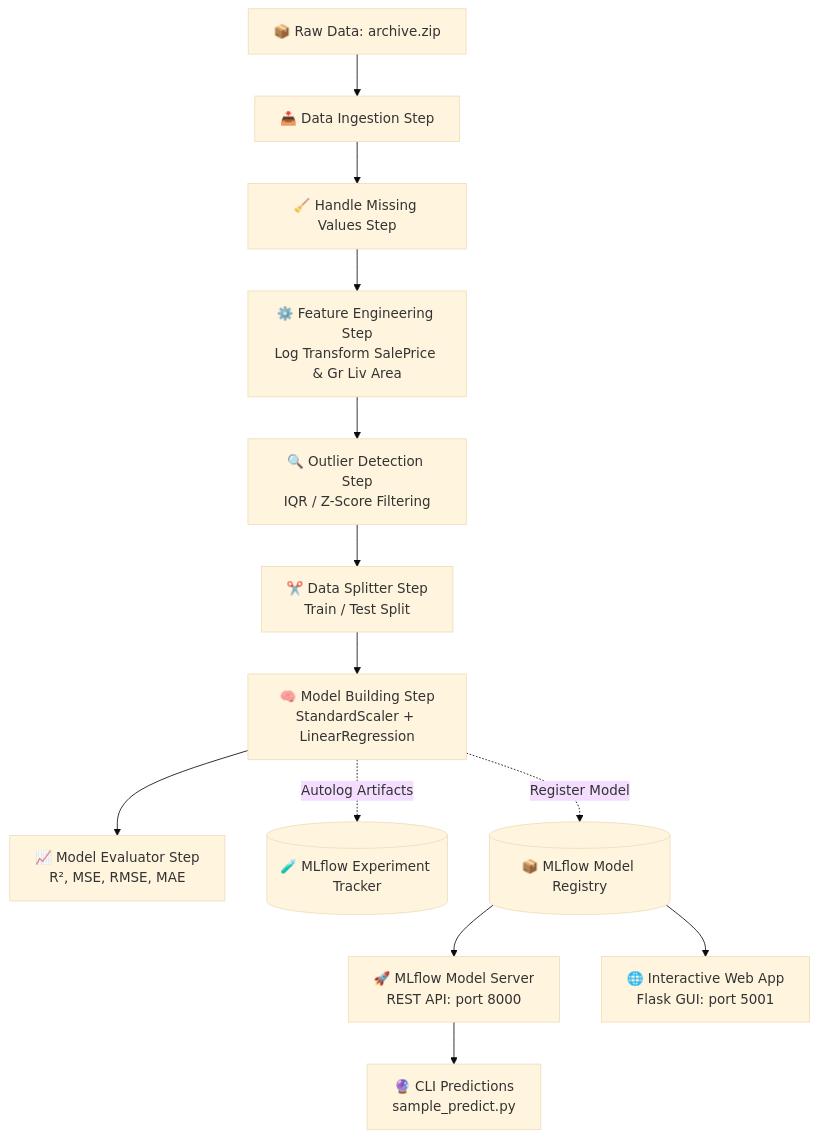
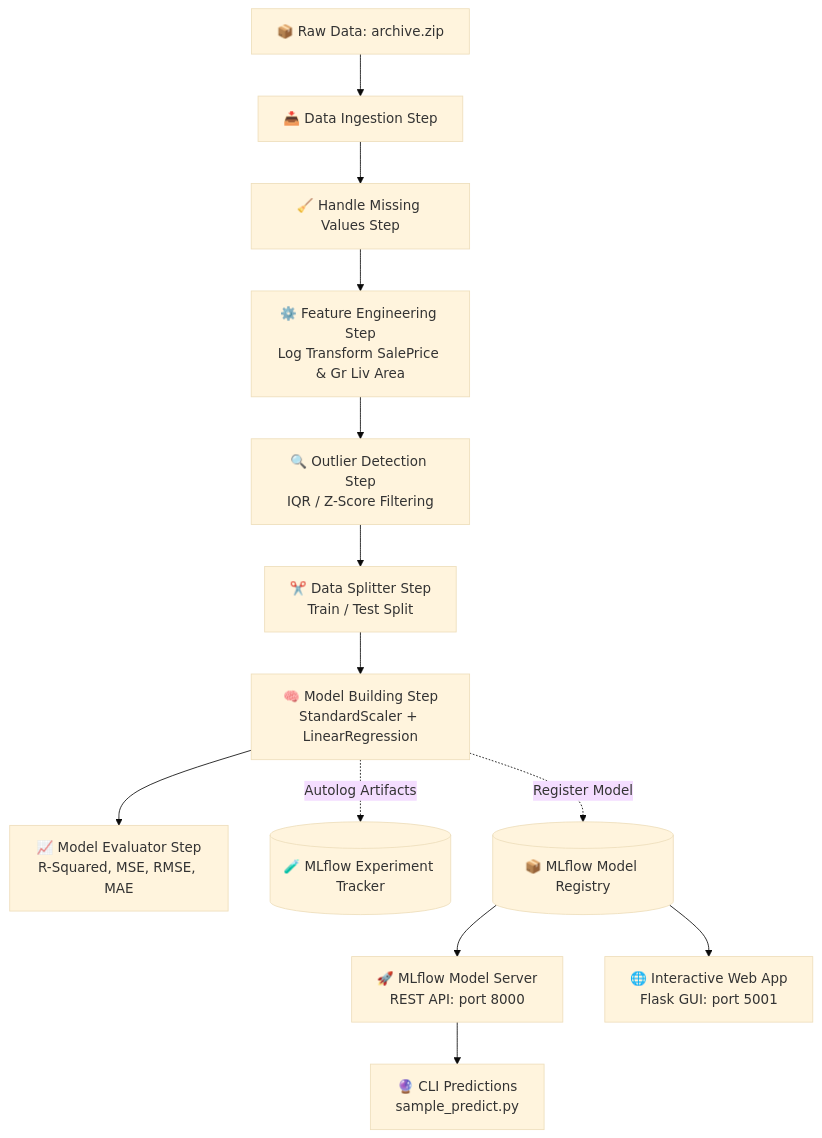
One commit to Sovon410/house-price-mlops-pipeline changed the diagram in README.md. Above: the diagram before and after it, drawn with Mermaid (base theme).

Commit message:
fix(docs): fix Mermaid diagram syntax for GitHub renderer

````diff
--- a/README.md
+++ b/README.md
@@ -40,15 +40,15 @@
 ```mermaid
 flowchart TD
-    A[📦 Raw Data: archive.zip] --> B[📥 Data Ingestion Step]
-    B --> C[🧹 Handle Missing Values Step]
-    C --> D[⚙️ Feature Engineering Step<br/>Log Transform SalePrice & Gr Liv Area]
-    D --> E[🔍 Outlier Detection Step<br/>IQR / Z-Score Filtering]
-    E --> F[✂️ Data Splitter Step<br/>Train / Test Split]
-    F --> G[🧠 Model Building Step<br/>StandardScaler + LinearRegression]
-    G --> H[📈 Model Evaluator Step<br/>R², MSE, RMSE, MAE]
-    G -. Autolog Artifacts .-> I[(🧪 MLflow Experiment Tracker)]
-    G -. Register Model .-> J[(📦 MLflow Model Registry)]
-    J --> K[🚀 MLflow Model Server<br/>REST API: port 8000]
-    K --> L[🔮 CLI Predictions<br/>sample_predict.py]
-    J --> M[🌐 Interactive Web App<br/>Flask GUI: port 5001]
+    A["📦 Raw Data: archive.zip"] --> B["📥 Data Ingestion Step"]
+    B --> C["🧹 Handle Missing Values Step"]
+    C --> D["⚙️ Feature Engineering Step<br/>Log Transform SalePrice & Gr Liv Area"]
+    D --> E["🔍 Outlier Detection Step<br/>IQR / Z-Score Filtering"]
+    E --> F["✂️ Data Splitter Step<br/>Train / Test Split"]
+    F --> G["🧠 Model Building Step<br/>StandardScaler + LinearRegression"]
+    G --> H["📈 Model Evaluator Step<br/>R-Squared, MSE, RMSE, MAE"]
+    G -.->|Autolog Artifacts| I[("🧪 MLflow Experiment Tracker")]
+    G -.->|Register Model| J[("📦 MLflow Model Registry")]
+    J --> K["🚀 MLflow Model Server<br/>REST API: port 8000"]
+    K --> L["🔮 CLI Predictions<br/>sample_predict.py"]
+    J --> M["🌐 Interactive Web App<br/>Flask GUI: port 5001"]
 ```
````
